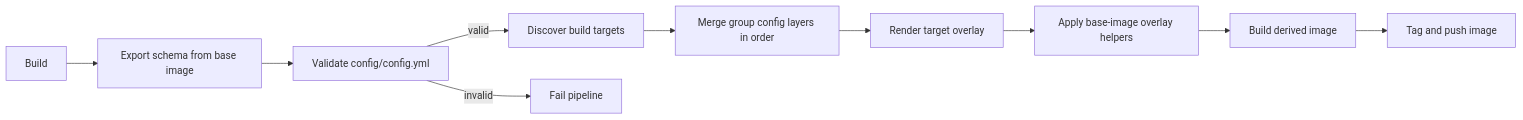
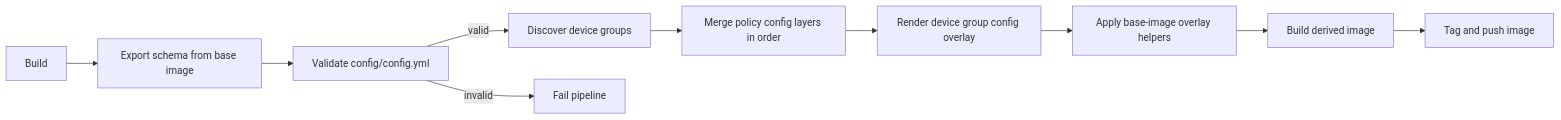
One commit to OS2borgerPC/sikker-selvbetjening-config changed the diagram in README.md. Above: the diagram before and after it, drawn with Mermaid. The commit also changed other lines of this file and 6 other files, not shown here.

````diff
--- a/README.md
+++ b/README.md
@@ -19,12 +19,12 @@
 ```mermaid
 flowchart LR
 	A[Build] --> B[Export schema from base image]
 	B --> C[Validate config/config.yml]
-	C -->|valid| D[Discover build targets]
+	C -->|valid| D[Discover device groups]
 	C -->|invalid| X[Fail pipeline]
-	D --> E[Merge group config layers in order]
-	E --> F[Render target overlay]
+	D --> E[Merge policy config layers in order]
+	E --> F[Render device group config overlay]
 	F --> G[Apply base-image overlay helpers]
 	G --> H[Build derived image]
 	H --> I[Tag and push image]
 ```
````
